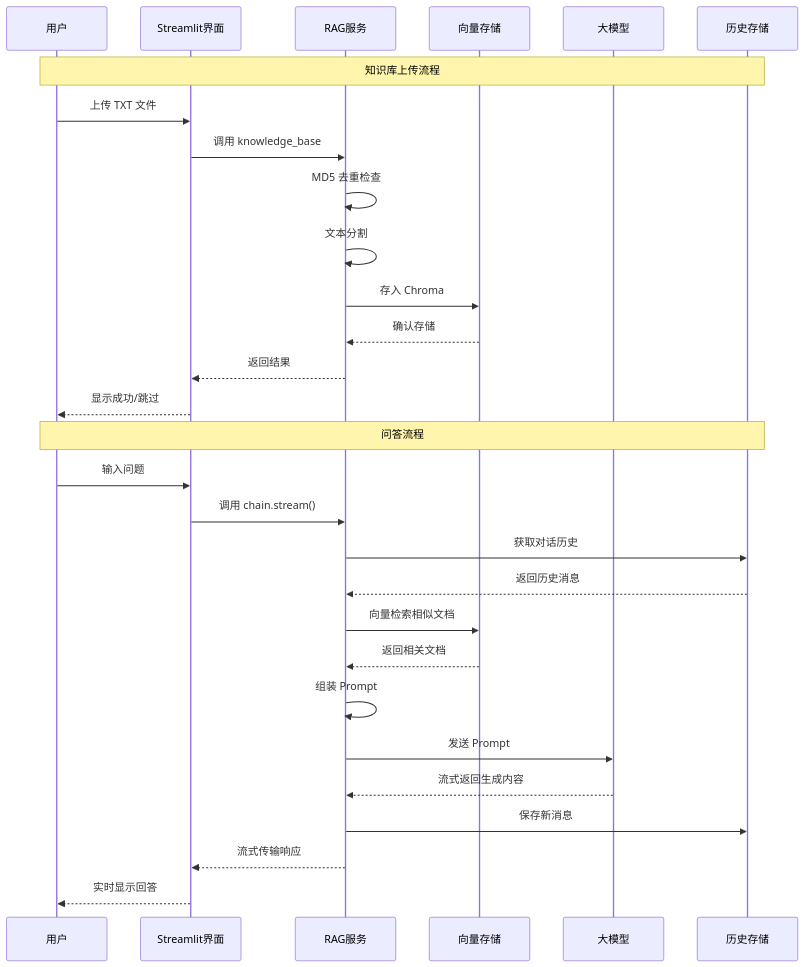
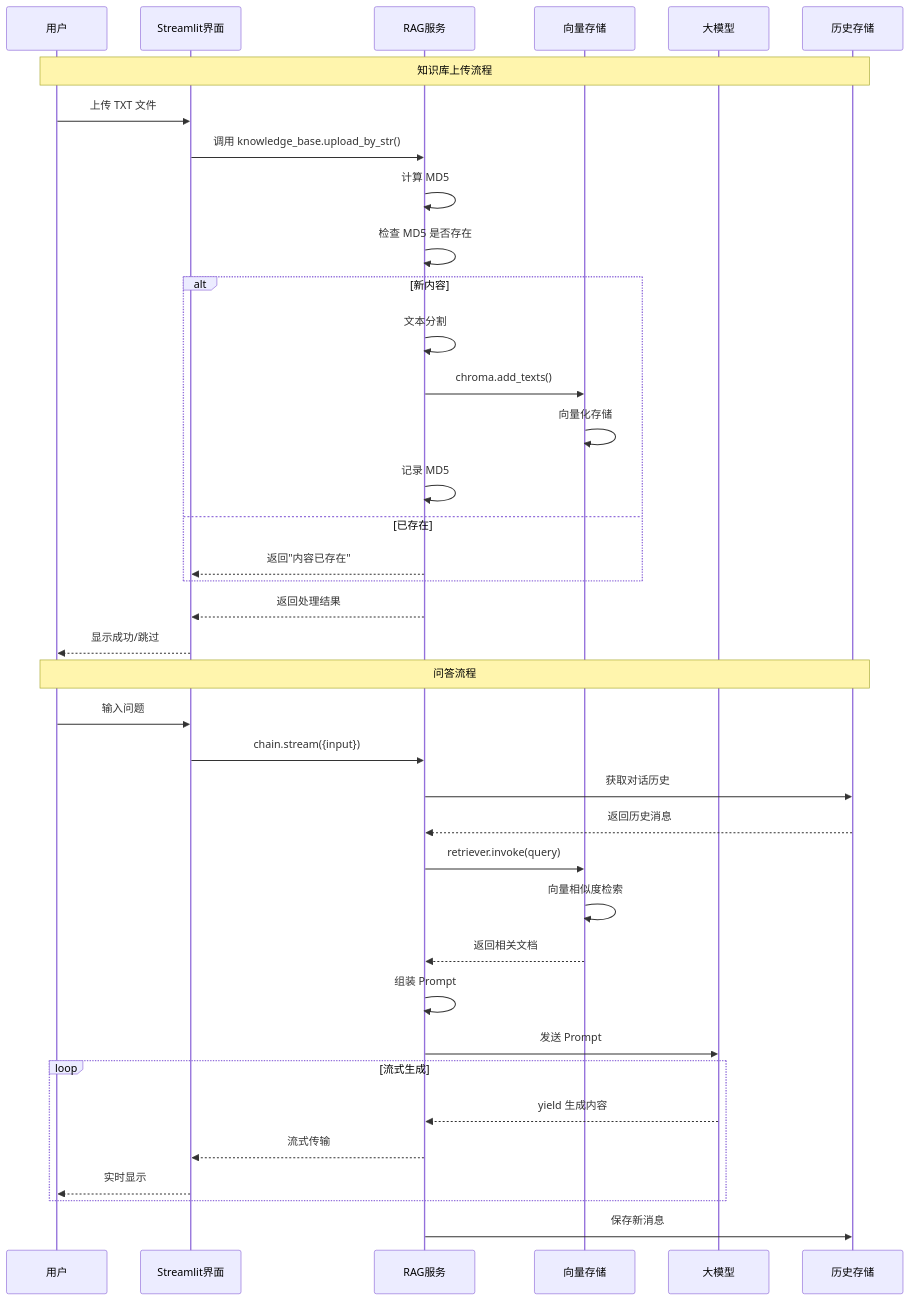
The seventh of 8 diagrams in 04RAG项目/04_RAG智能客服系统完整实战.md (Redmoon-2333/LangChain-RAG), drawn with Mermaid before and after one commit. The commit also changed other lines of this file and 31 other files, not shown here.

````diff
--- a/04RAG项目/04_RAG智能客服系统完整实战.md
+++ b/04RAG项目/04_RAG智能客服系统完整实战.md
@@ -460,33 +700,42 @@
 ```mermaid
 sequenceDiagram
     participant User as 用户
     participant UI as Streamlit界面
     participant RAG as RAG服务
     participant VS as 向量存储
     participant LLM as 大模型
     participant Hist as 历史存储
 
     Note over User,Hist: 知识库上传流程
     User->>UI: 上传 TXT 文件
-    UI->>RAG: 调用 knowledge_base
-    RAG->>RAG: MD5 去重检查
-    RAG->>RAG: 文本分割
-    RAG->>VS: 存入 Chroma
-    VS-->>RAG: 确认存储
-    RAG-->>UI: 返回结果
+    UI->>RAG: 调用 knowledge_base.upload_by_str()
+    RAG->>RAG: 计算 MD5
+    RAG->>RAG: 检查 MD5 是否存在
+    alt 新内容
+        RAG->>RAG: 文本分割
+        RAG->>VS: chroma.add_texts()
+        VS->>VS: 向量化存储
+        RAG->>RAG: 记录 MD5
+    else 已存在
+        RAG-->>UI: 返回"内容已存在"
+    end
+    RAG-->>UI: 返回处理结果
     UI-->>User: 显示成功/跳过
 
     Note over User,Hist: 问答流程
     User->>UI: 输入问题
-    UI->>RAG: 调用 chain.stream()
+    UI->>RAG: chain.stream({input})
     RAG->>Hist: 获取对话历史
     Hist-->>RAG: 返回历史消息
-    RAG->>VS: 向量检索相似文档
+    RAG->>VS: retriever.invoke(query)
+    VS->>VS: 向量相似度检索
     VS-->>RAG: 返回相关文档
     RAG->>RAG: 组装 Prompt
     RAG->>LLM: 发送 Prompt
-    LLM-->>RAG: 流式返回生成内容
+    loop 流式生成
+        LLM-->>RAG: yield 生成内容
+        RAG-->>UI: 流式传输
+        UI-->>User: 实时显示
+    end
     RAG->>Hist: 保存新消息
-    RAG-->>UI: 流式传输响应
-    UI-->>User: 实时显示回答
 ```
````
